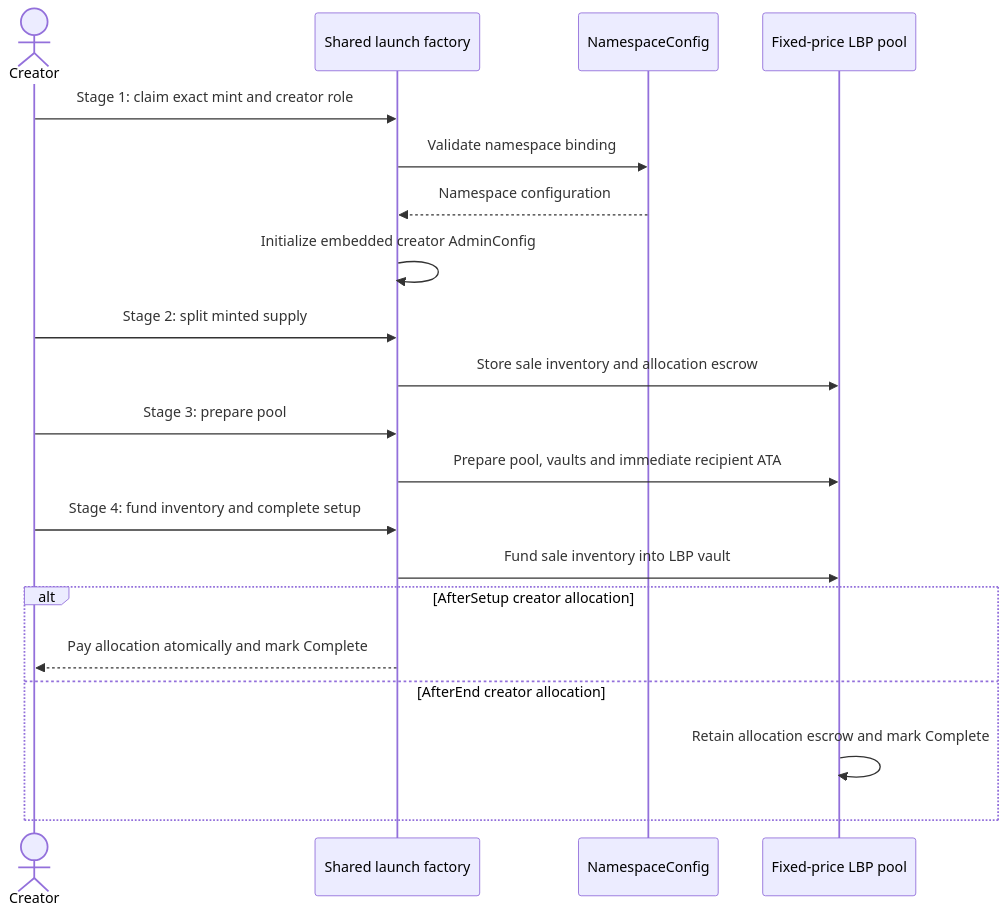
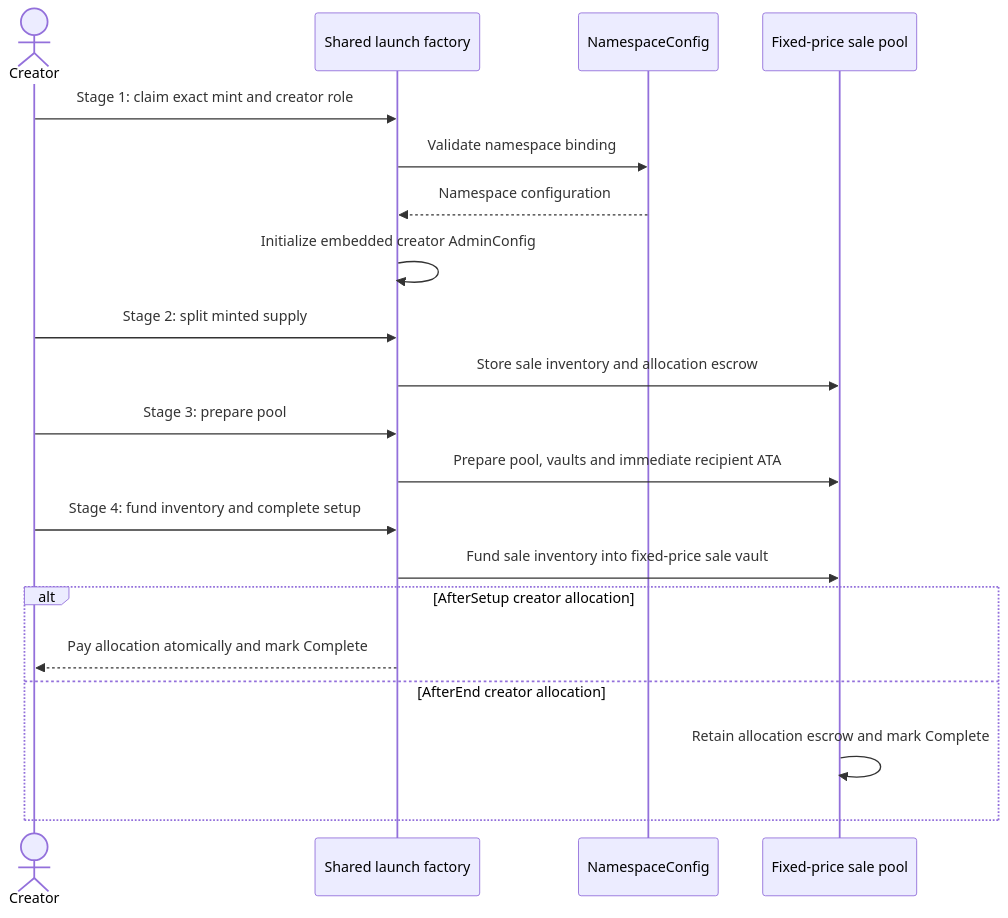
One commit to bleu/logos-launchpad changed the diagram in docs/architecture/sequence-diagrams/create-lbp-pool.md. Above: the diagram before and after it, drawn with Mermaid. The commit also changed other lines of this file and 57 other files, not shown here.

````diff
--- a/docs/architecture/sequence-diagrams/create-lbp-pool.md
+++ b/docs/architecture/sequence-diagrams/create-lbp-pool.md
@@ -12,23 +12,23 @@
 ```mermaid
 sequenceDiagram
     actor Creator
     participant Factory as Shared launch factory
     participant Namespace as NamespaceConfig
-    participant Pool as Fixed-price LBP pool
+    participant Pool as Fixed-price sale pool
 
     Creator->>Factory: Stage 1: claim exact mint and creator role
     Factory->>Namespace: Validate namespace binding
     Namespace-->>Factory: Namespace configuration
     Factory->>Factory: Initialize embedded creator AdminConfig
     Creator->>Factory: Stage 2: split minted supply
     Factory->>Pool: Store sale inventory and allocation escrow
     Creator->>Factory: Stage 3: prepare pool
     Factory->>Pool: Prepare pool, vaults and immediate recipient ATA
     Creator->>Factory: Stage 4: fund inventory and complete setup
-    Factory->>Pool: Fund sale inventory into LBP vault
+    Factory->>Pool: Fund sale inventory into fixed-price sale vault
     alt AfterSetup creator allocation
         Factory-->>Creator: Pay allocation atomically and mark Complete
     else AfterEnd creator allocation
         Pool->>Pool: Retain allocation escrow and mark Complete
     end
 ```
````
